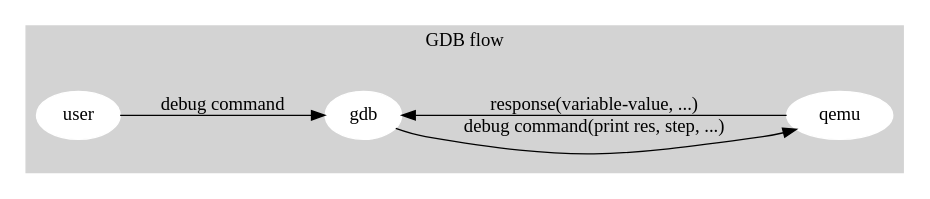
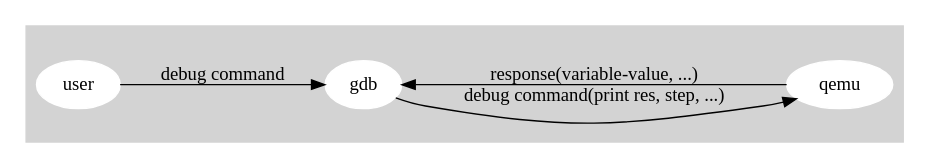
The diagram in Fig/riscv/gdb.gv (Jonathan2251/lbt), drawn with Graphviz before and after one commit. The commit also changed 7 other files, not shown here.

```diff
--- a/Fig/riscv/gdb.gv
+++ b/Fig/riscv/gdb.gv
@@ -1,18 +1,18 @@
 digraph G {
 
   rankdir=LR;
   subgraph cluster_0 {
     style=filled;
     color=lightgrey;
-    label = "GDB flow";
+//    label = "GDB flow";
     node [style=filled,color=white]; user, gdb;
 //    node [style=filled,color=white]; linker [label = "lld or ld"];
     node [style=filled,color=white]; simulator [label = "qemu "];
 //    linker -> simulator [ label = "exe" ];
 //    linker -> gdb [ label = "exe" ];
     user -> gdb [label = "debug command"];
     gdb -> simulator [label = "debug command(print res, step, ...)"];
     simulator -> gdb [label = "response(variable-value, ...)"];
   }
 
 }
```
